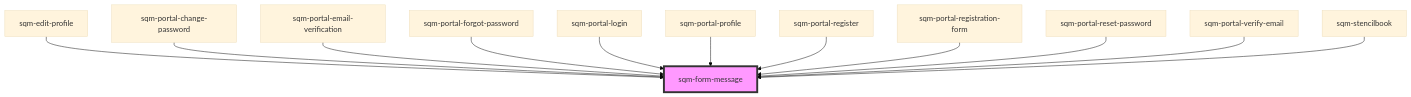
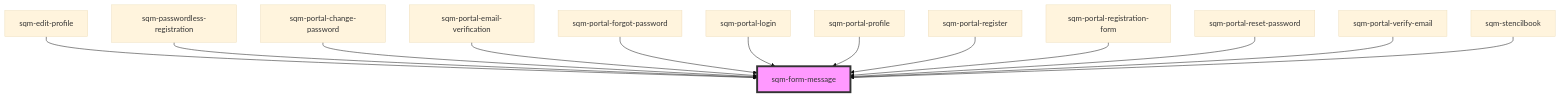
The diagram in packages/mint-components/src/components/sqm-form-message/readme.md (saasquatch/program-tools), drawn with Mermaid (base theme) before and after one commit. The commit also changed other lines of this file and 21 other files, not shown here.

````diff
--- a/packages/mint-components/src/components/sqm-form-message/readme.md
+++ b/packages/mint-components/src/components/sqm-form-message/readme.md
@@ -33,15 +34,16 @@
 ```mermaid
 graph TD;
   sqm-edit-profile --> sqm-form-message
+  sqm-passwordless-registration --> sqm-form-message
   sqm-portal-change-password --> sqm-form-message
   sqm-portal-email-verification --> sqm-form-message
   sqm-portal-forgot-password --> sqm-form-message
   sqm-portal-login --> sqm-form-message
   sqm-portal-profile --> sqm-form-message
   sqm-portal-register --> sqm-form-message
   sqm-portal-registration-form --> sqm-form-message
   sqm-portal-reset-password --> sqm-form-message
   sqm-portal-verify-email --> sqm-form-message
   sqm-stencilbook --> sqm-form-message
   style sqm-form-message fill:#f9f,stroke:#333,stroke-width:4px
 ```
````
